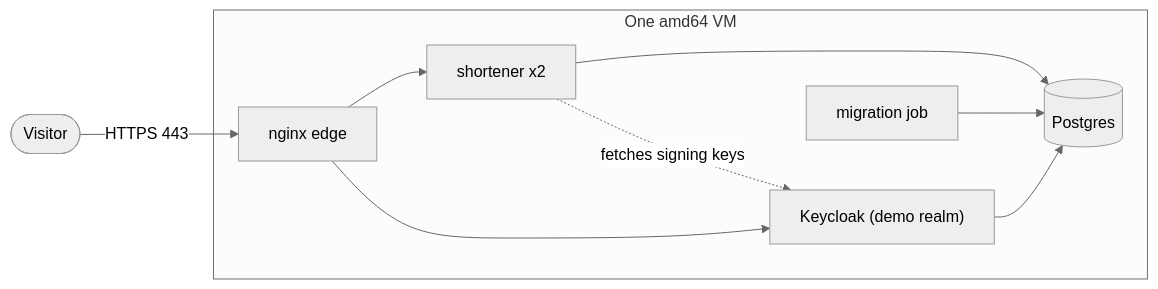
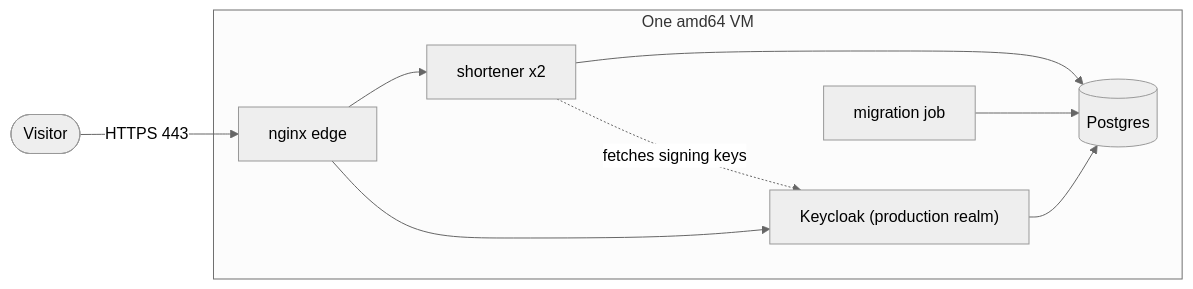
The diagram in docs/CLOUD.md (christ008/shortener), drawn with Mermaid (neutral theme) before and after one commit. The commit also changed 10 other files, not shown here.

````diff
--- a/docs/CLOUD.md
+++ b/docs/CLOUD.md
@@ -23,12 +23,12 @@
 ```mermaid
 flowchart LR
     visitor(["Visitor"]) -->|"HTTPS 443"| edge["nginx edge"]
     subgraph vm["One amd64 VM"]
         edge --> app["shortener x2"]
-        edge --> idp["Keycloak (demo realm)"]
+        edge --> idp["Keycloak (production realm)"]
         app --> db[("Postgres")]
         idp --> db
         migrate["migration job"] --> db
     end
     app -. "fetches signing keys" .-> idp
 ```
````
